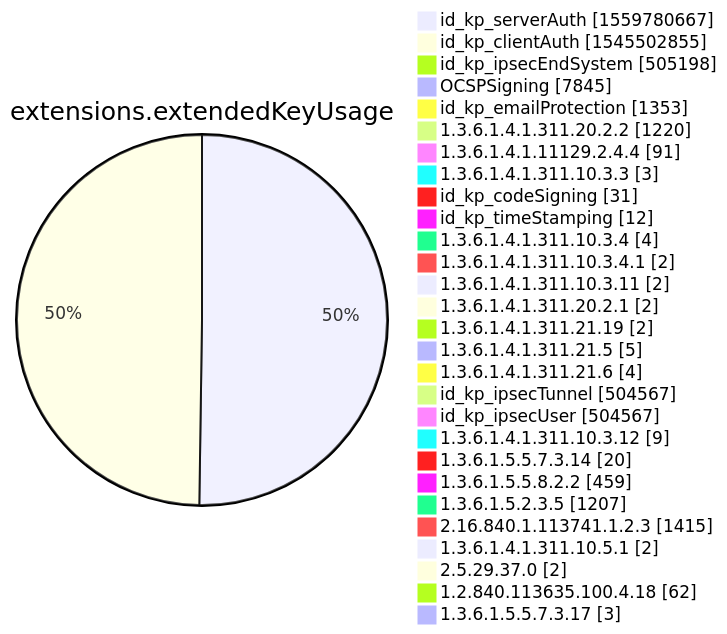
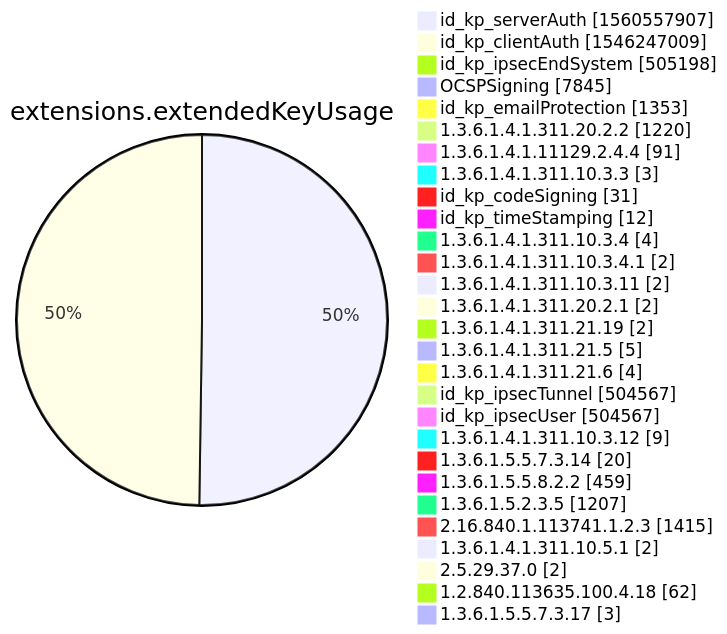
One commit to christiankrug/ctmonitor_visualization changed diagram 12 of 15 in xenon2022/README.md. Above: the diagram before and after it, drawn with Mermaid. The commit also changed other lines of this file, not shown here.

````diff
--- a/xenon2022/README.md
+++ b/xenon2022/README.md
@@ -3883,32 +3883,32 @@
 ```mermaid
 pie showData
 title extensions.extendedKeyUsage
-"id_kp_serverAuth" :1559780667
-"id_kp_clientAuth" :1545502855
+"id_kp_serverAuth" :1560557907
+"id_kp_clientAuth" :1546247009
 "id_kp_ipsecEndSystem" :505198
 "OCSPSigning" :7845
 "id_kp_emailProtection" :1353
 "1.3.6.1.4.1.311.20.2.2" :1220
 "1.3.6.1.4.1.11129.2.4.4" :91
 "1.3.6.1.4.1.311.10.3.3" :3
 "id_kp_codeSigning" :31
 "id_kp_timeStamping" :12
 "1.3.6.1.4.1.311.10.3.4" :4
 "1.3.6.1.4.1.311.10.3.4.1" :2
 "1.3.6.1.4.1.311.10.3.11" :2
 "1.3.6.1.4.1.311.20.2.1" :2
 "1.3.6.1.4.1.311.21.19" :2
 "1.3.6.1.4.1.311.21.5" :5
 "1.3.6.1.4.1.311.21.6" :4
 "id_kp_ipsecTunnel" :504567
 "id_kp_ipsecUser" :504567
 "1.3.6.1.4.1.311.10.3.12" :9
 "1.3.6.1.5.5.7.3.14" :20
 "1.3.6.1.5.5.8.2.2" :459
 "1.3.6.1.5.2.3.5" :1207
 "2.16.840.1.113741.1.2.3" :1415
 "1.3.6.1.4.1.311.10.5.1" :2
 "2.5.29.37.0" :2
 "1.2.840.113635.100.4.18" :62
 "1.3.6.1.5.5.7.3.17" :3
 ```
````
